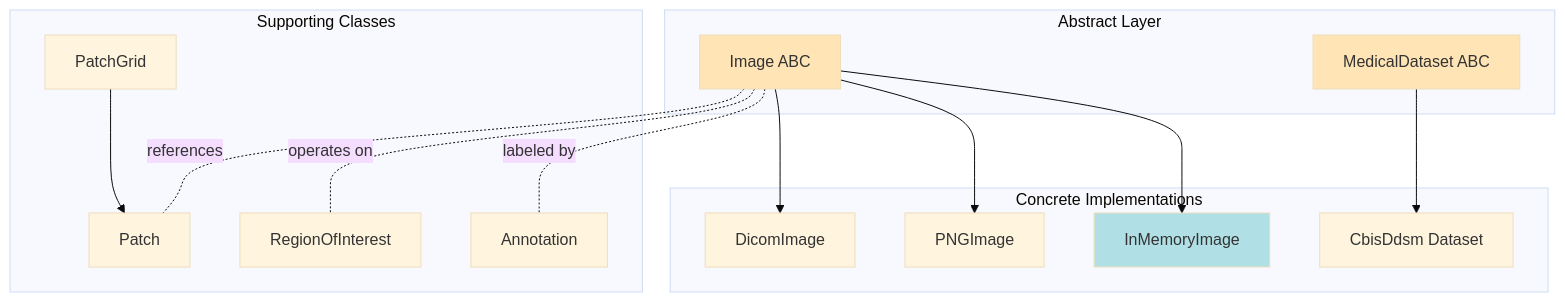
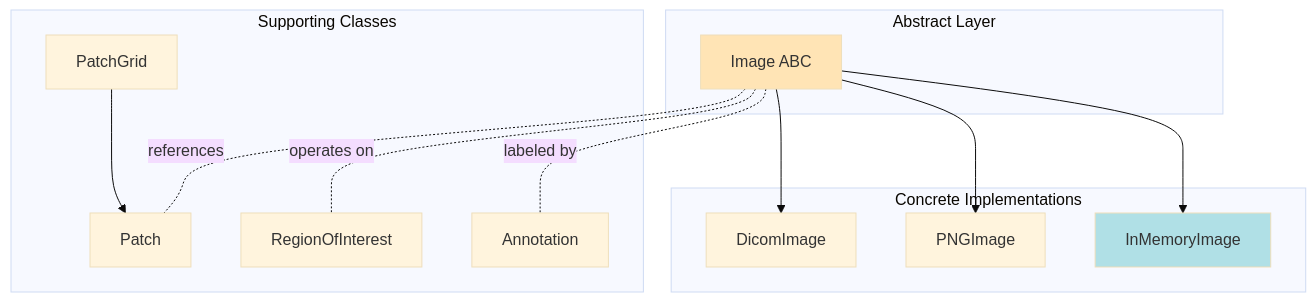
Before and after one commit to LATIS-medical-Imaging/medical-image-std: the first of 13 diagrams in docs/architecture.md, drawn with Mermaid (base theme). The commit also changed other lines of this file and 2 other files, not shown here.

````diff
--- a/docs/architecture.md
+++ b/docs/architecture.md
@@ -48,35 +48,31 @@
 ```mermaid
 graph TB
     subgraph "Abstract Layer"
         Image[Image ABC]
-        MedicalDataset[MedicalDataset ABC]
     end
 
     subgraph "Concrete Implementations"
         DicomImage[DicomImage]
         PNGImage[PNGImage]
         InMemoryImage[InMemoryImage]
-        CbisDdsm[CbisDdsm Dataset]
     end
 
     subgraph "Supporting Classes"
         Patch[Patch]
         PatchGrid[PatchGrid]
         ROI[RegionOfInterest]
         Annotation[Annotation]
     end
 
     Image --> DicomImage
     Image --> PNGImage
     Image --> InMemoryImage
-    MedicalDataset --> CbisDdsm
 
     PatchGrid --> Patch
     Image -.references.- Patch
     Image -.operates on.- ROI
     Image -.labeled by.- Annotation
 
     style Image fill:#FFE4B5
-    style MedicalDataset fill:#FFE4B5
     style InMemoryImage fill:#B0E0E6
 ```
````
